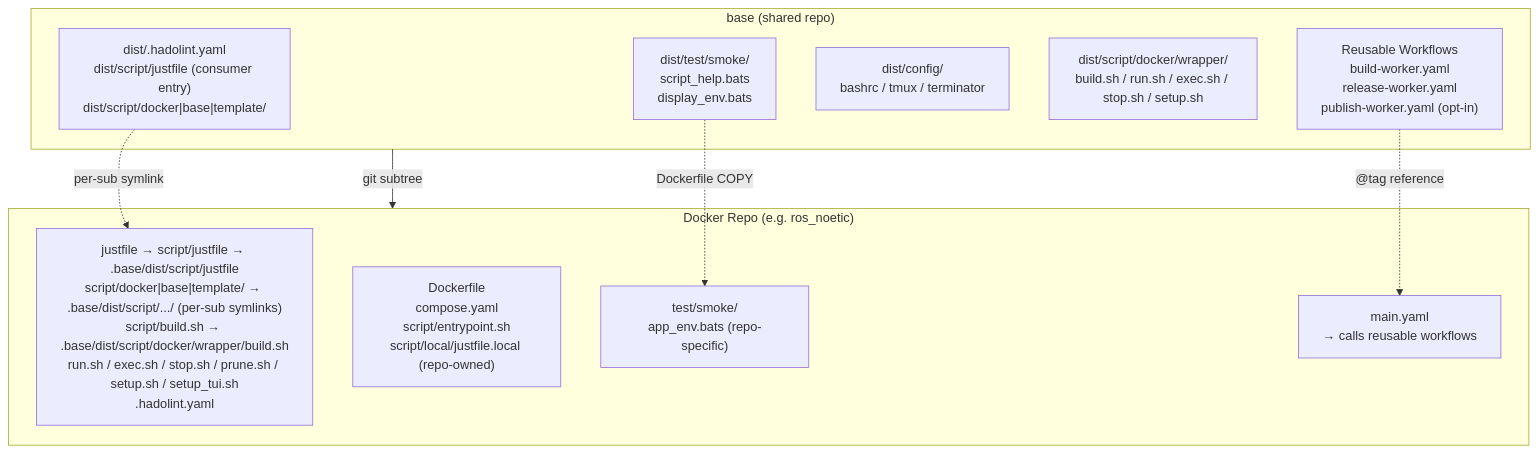
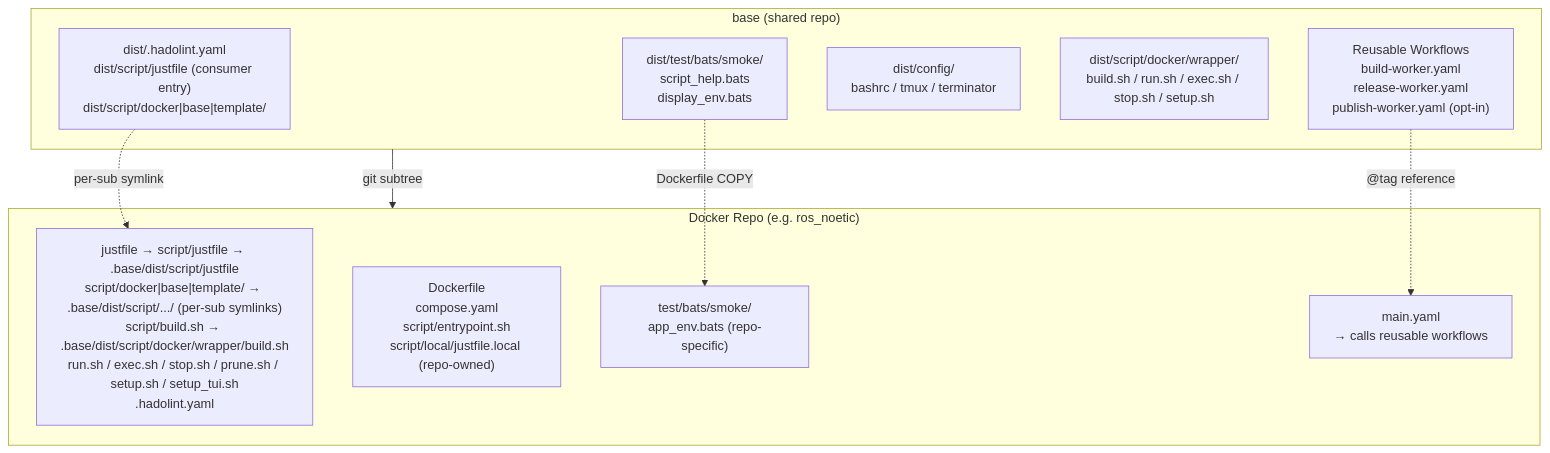
Before and after one commit to ycpss91255-docker/base: the first of 2 diagrams in README.md, drawn with Mermaid. The commit also changed other lines of this file and 20 other files, not shown here.

First line of the commit message:
refactor(smoke): dist tool-first per-stage smoke layout (S3, closes #783) (#790)

````diff
--- a/README.md
+++ b/README.md
@@ -81,22 +81,22 @@
 ```mermaid
 graph TB
     subgraph base["base (shared repo)"]
         scripts["dist/.hadolint.yaml<br/>dist/script/justfile (consumer entry)<br/>dist/script/docker|base|template/"]
-        smoke["dist/test/smoke/<br/>script_help.bats<br/>display_env.bats"]
+        smoke["dist/test/bats/smoke/<br/>script_help.bats<br/>display_env.bats"]
         config["dist/config/<br/>bashrc / tmux / terminator"]
         mgmt["dist/script/docker/wrapper/<br/>build.sh / run.sh / exec.sh / stop.sh / setup.sh"]
         workflows["Reusable Workflows<br/>build-worker.yaml<br/>release-worker.yaml<br/>publish-worker.yaml (opt-in)"]
     end
 
     subgraph consumer["Docker Repo (e.g. ros_noetic)"]
         symlinks["justfile → script/justfile → .base/dist/script/justfile<br/>script/docker|base|template/ → .base/dist/script/.../ (per-sub symlinks)<br/>script/build.sh → .base/dist/script/docker/wrapper/build.sh<br/>run.sh / exec.sh / stop.sh / prune.sh / setup.sh / setup_tui.sh<br/>.hadolint.yaml"]
         dockerfile["Dockerfile<br/>compose.yaml<br/>script/entrypoint.sh<br/>script/local/justfile.local (repo-owned)"]
-        repo_test["test/smoke/<br/>app_env.bats (repo-specific)"]
+        repo_test["test/bats/smoke/<br/>app_env.bats (repo-specific)"]
         main_yaml["main.yaml<br/>→ calls reusable workflows"]
     end
 
     base -- "git subtree" --> consumer
     scripts -. "per-sub symlink" .-> symlinks
     smoke -. "Dockerfile COPY" .-> repo_test
     workflows -. "@tag reference" .-> main_yaml
 ```
````
